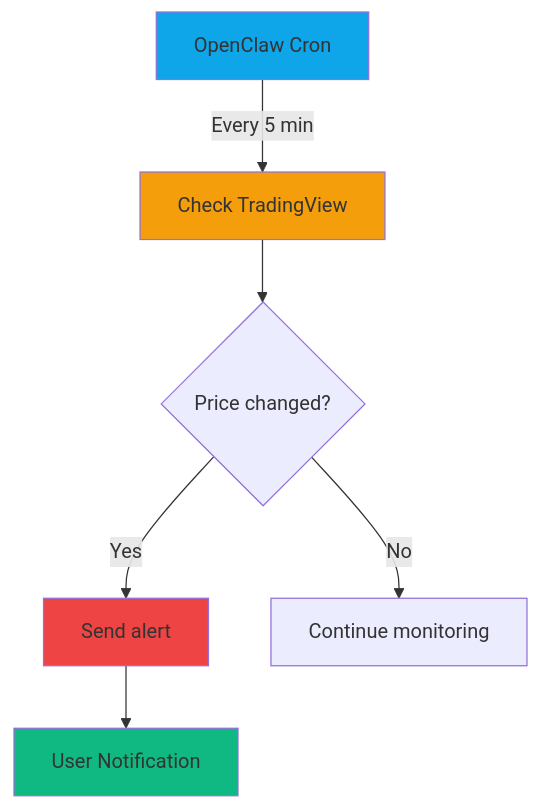
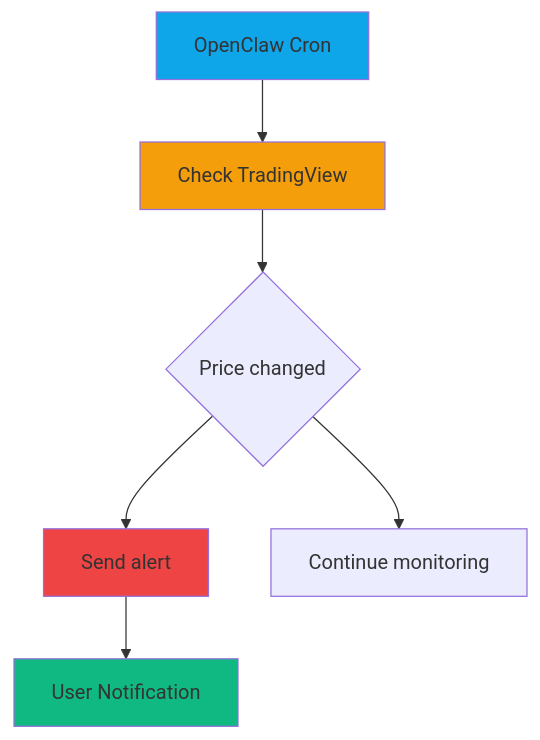
The sixth of 8 diagrams in docs/use-cases/openclaw-313-live-chrome-attach.md (fanani-radian/openclaw-sumopod), drawn with Mermaid before and after one commit. The commit also changed other lines of this file, not shown here.

First line of the commit message:
fix(live-chrome-attach): Fix Mermaid syntax + add Chrome 146+ requirement

````diff
--- a/docs/use-cases/openclaw-313-live-chrome-attach.md
+++ b/docs/use-cases/openclaw-313-live-chrome-attach.md
@@ -338,13 +336,13 @@
 ```mermaid
 graph TB
-    A[OpenClaw Cron] -->|Every 5 min| B[Check TradingView]
-    B --> C{Price changed?}
-    C -->|Yes| D[Send alert]
-    C -->|No| E[Continue monitoring]
+    A[OpenClaw Cron] --> B[Check TradingView]
+    B --> C{Price changed}
+    C --> D[Send alert]
+    C --> E[Continue monitoring]
     D --> F[User Notification]
     
     style A fill:#0ea5e9
     style B fill:#f59e0b
     style D fill:#ef4444
     style F fill:#10b981
 ```
````
